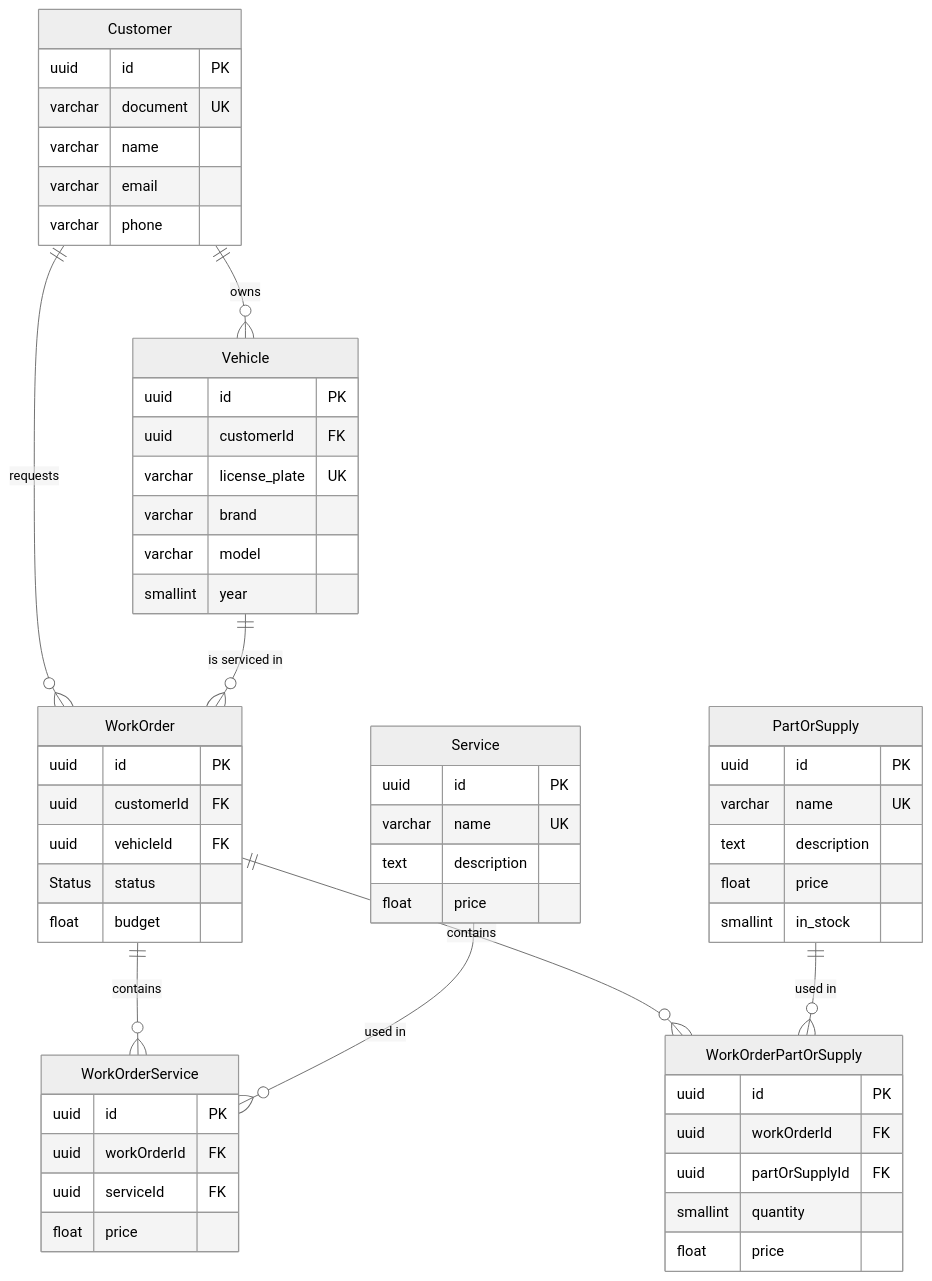
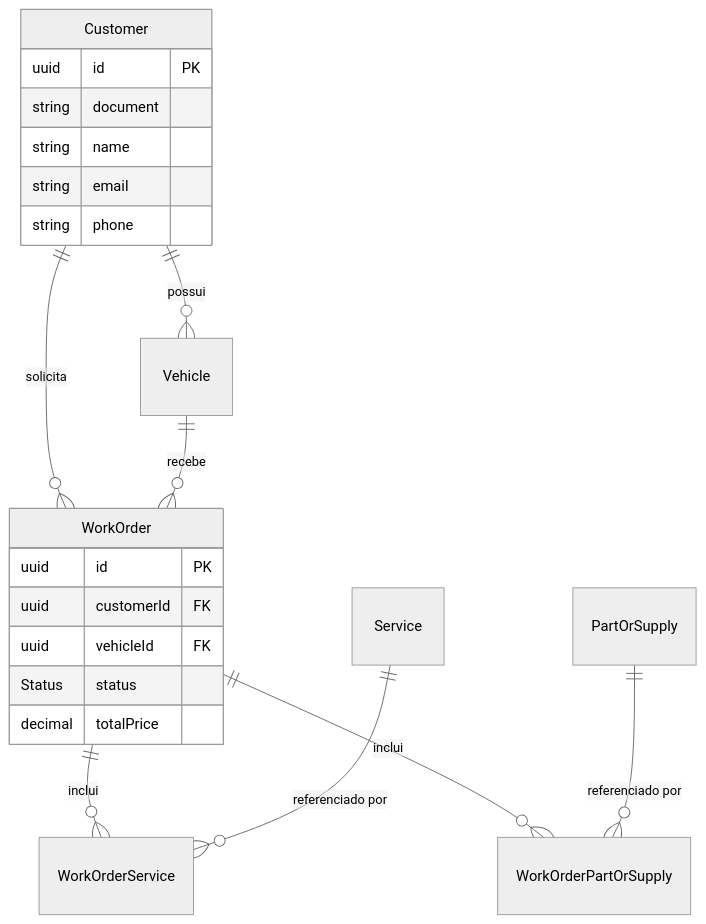
The second of 2 diagrams in README.md (vctrlima/fiap-13soat-auto-repair-shop-db), drawn with Mermaid (neutral theme) before and after one commit. The commit also changed other lines of this file, not shown here.

````diff
--- a/README.md
+++ b/README.md
@@ -188,65 +188,25 @@
 ```mermaid
 erDiagram
-    Customer ||--o{ Vehicle : owns
-    Customer ||--o{ WorkOrder : requests
-    Vehicle ||--o{ WorkOrder : "is serviced in"
-    WorkOrder ||--o{ WorkOrderService : contains
-    WorkOrder ||--o{ WorkOrderPartOrSupply : contains
-    Service ||--o{ WorkOrderService : "used in"
-    PartOrSupply ||--o{ WorkOrderPartOrSupply : "used in"
+    Customer ||--o{ Vehicle : "possui"
+    Customer ||--o{ WorkOrder : "solicita"
+    Vehicle ||--o{ WorkOrder : "recebe"
+    WorkOrder ||--o{ WorkOrderService : "inclui"
+    WorkOrder ||--o{ WorkOrderPartOrSupply : "inclui"
+    Service ||--o{ WorkOrderService : "referenciado por"
+    PartOrSupply ||--o{ WorkOrderPartOrSupply : "referenciado por"
 
     Customer {
         uuid id PK
-        varchar document UK
-        varchar name
-        varchar email
-        varchar phone
+        string document
+        string name
+        string email
+        string phone
     }
-
-    Vehicle {
-        uuid id PK
-        uuid customerId FK
-        varchar license_plate UK
-        varchar brand
-        varchar model
-        smallint year
-    }
-
     WorkOrder {
         uuid id PK
         uuid customerId FK
         uuid vehicleId FK
         Status status
-        float budget
-    }
-
-    Service {
-        uuid id PK
-        varchar name UK
-        text description
-        float price
-    }
-
-    PartOrSupply {
-        uuid id PK
-        varchar name UK
-        text description
-        float price
-        smallint in_stock
-    }
-
-    WorkOrderService {
-        uuid id PK
-        uuid workOrderId FK
-        uuid serviceId FK
-        float price
-    }
-
-    WorkOrderPartOrSupply {
-        uuid id PK
-        uuid workOrderId FK
-        uuid partOrSupplyId FK
-        smallint quantity
-        float price
+        decimal totalPrice
     }
 ```
````
